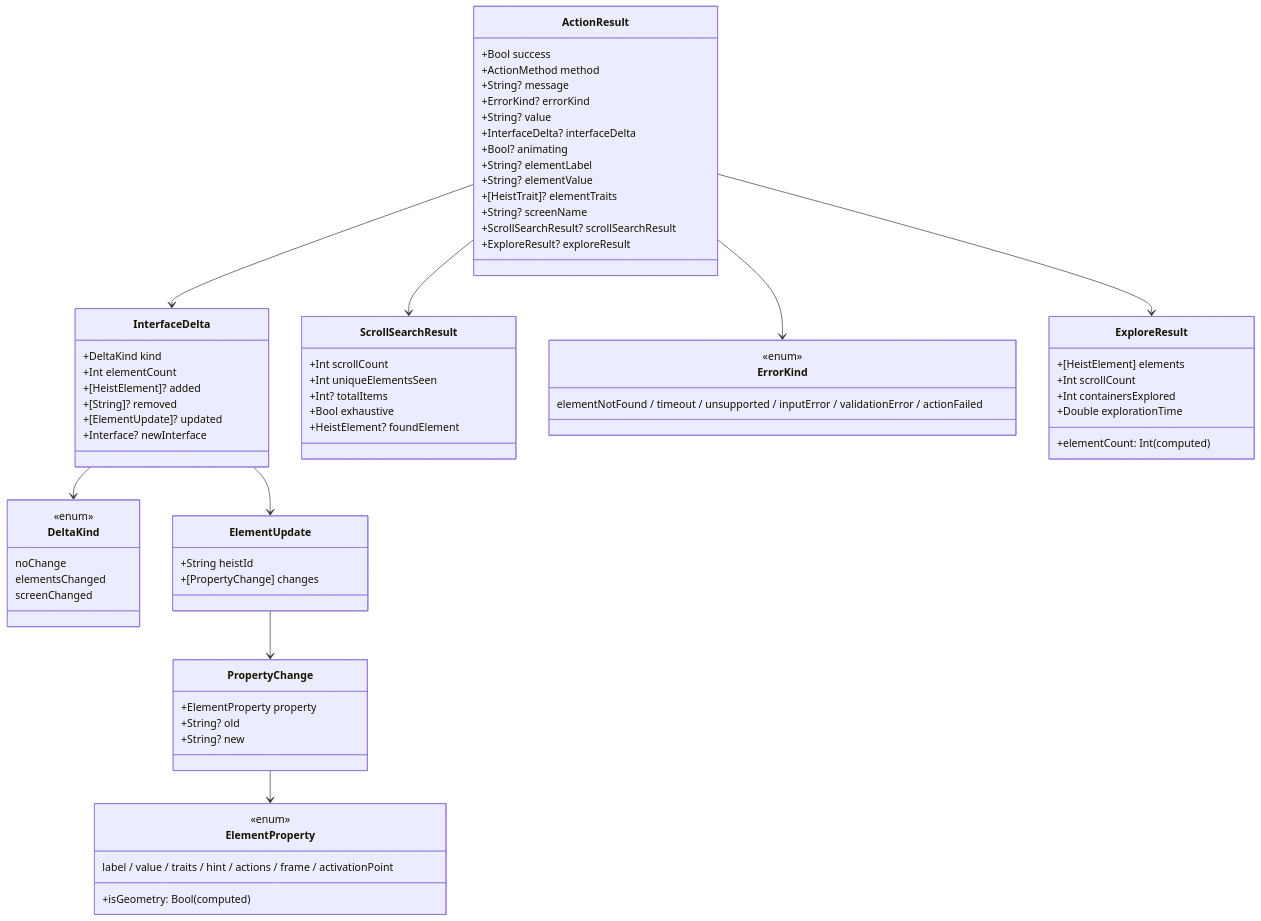
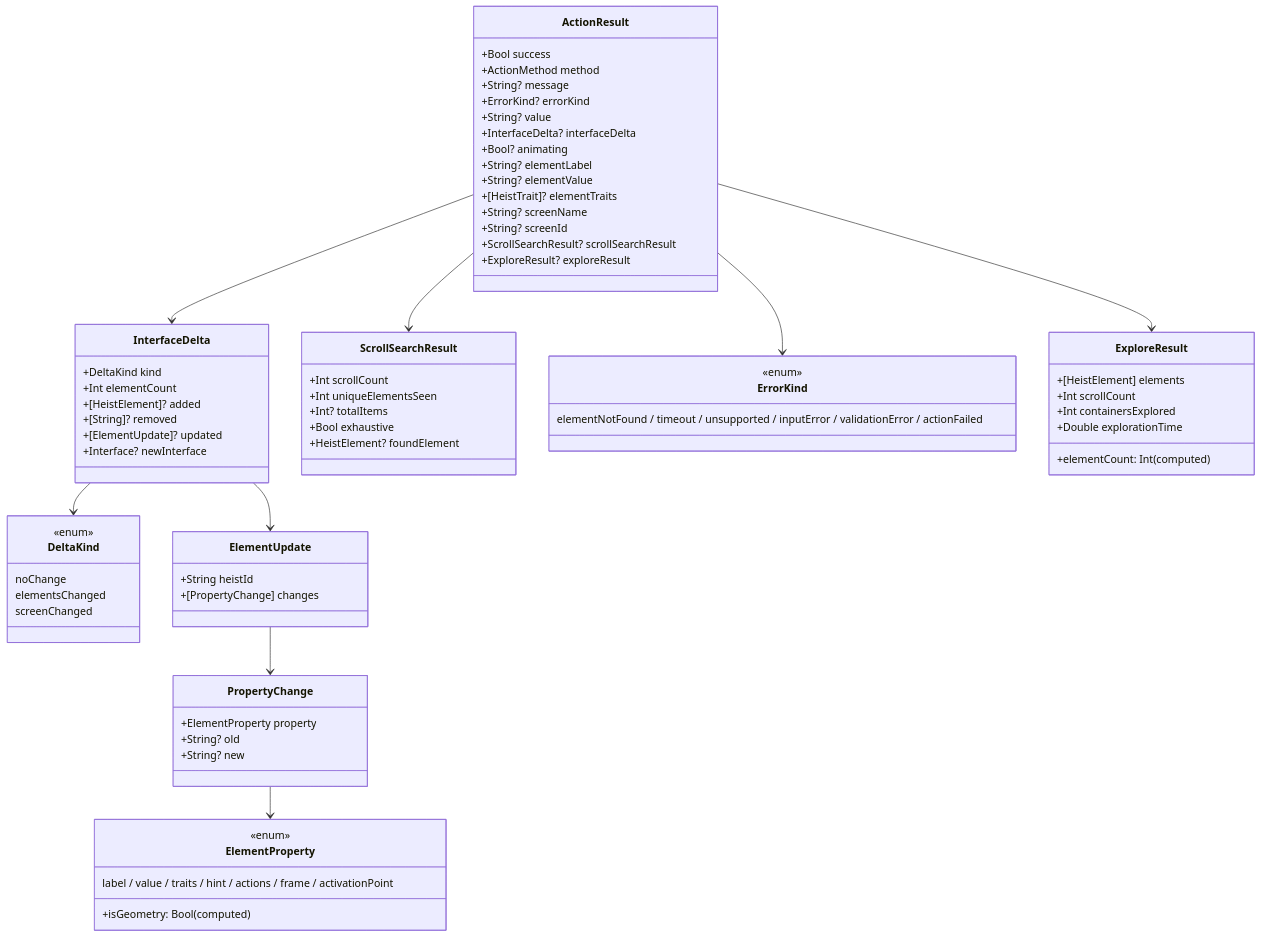
One commit to RoyalPineapple/TheButtonHeist changed the fifth of 7 diagrams in docs/dossiers/01-THESCORE.md. Above: the diagram before and after it, drawn with Mermaid. The commit also changed other lines of this file and 29 other files, not shown here.

````diff
--- a/docs/dossiers/01-THESCORE.md
+++ b/docs/dossiers/01-THESCORE.md
@@ -187,81 +188,82 @@
 ```mermaid
 classDiagram
     class ActionResult {
         +Bool success
         +ActionMethod method
         +String? message
         +ErrorKind? errorKind
         +String? value
         +InterfaceDelta? interfaceDelta
         +Bool? animating
         +String? elementLabel
         +String? elementValue
         +[HeistTrait]? elementTraits
         +String? screenName
+        +String? screenId
         +ScrollSearchResult? scrollSearchResult
         +ExploreResult? exploreResult
     }
 
     class InterfaceDelta {
         +DeltaKind kind
         +Int elementCount
         +[HeistElement]? added
         +[String]? removed
         +[ElementUpdate]? updated
         +Interface? newInterface
     }
 
     class DeltaKind {
         <<enum>>
         noChange
         elementsChanged
         screenChanged
     }
 
     class ScrollSearchResult {
         +Int scrollCount
         +Int uniqueElementsSeen
         +Int? totalItems
         +Bool exhaustive
         +HeistElement? foundElement
     }
 
     class ElementUpdate {
         +String heistId
         +[PropertyChange] changes
     }
 
     class PropertyChange {
         +ElementProperty property
         +String? old
         +String? new
     }
 
     class ElementProperty {
         <<enum>>
         label / value / traits / hint / actions / frame / activationPoint
         +isGeometry: Bool (computed)
     }
 
     class ErrorKind {
         <<enum>>
         elementNotFound / timeout / unsupported / inputError / validationError / actionFailed
     }
 
     class ExploreResult {
         +[HeistElement] elements
         +Int scrollCount
         +Int containersExplored
         +Double explorationTime
         +elementCount: Int (computed)
     }
 
     ActionResult --> ErrorKind
     ActionResult --> InterfaceDelta
     ActionResult --> ScrollSearchResult
     ActionResult --> ExploreResult
     InterfaceDelta --> DeltaKind
     InterfaceDelta --> ElementUpdate
     ElementUpdate --> PropertyChange
     PropertyChange --> ElementProperty
 ```
````
